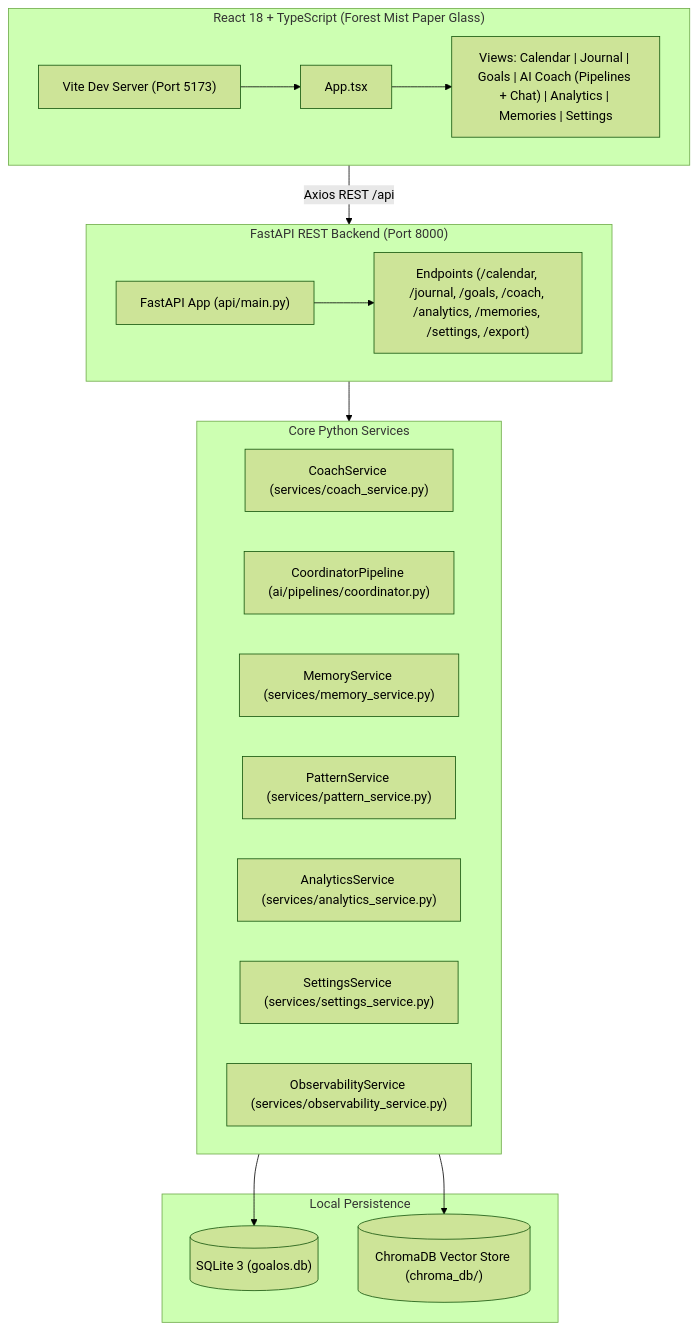
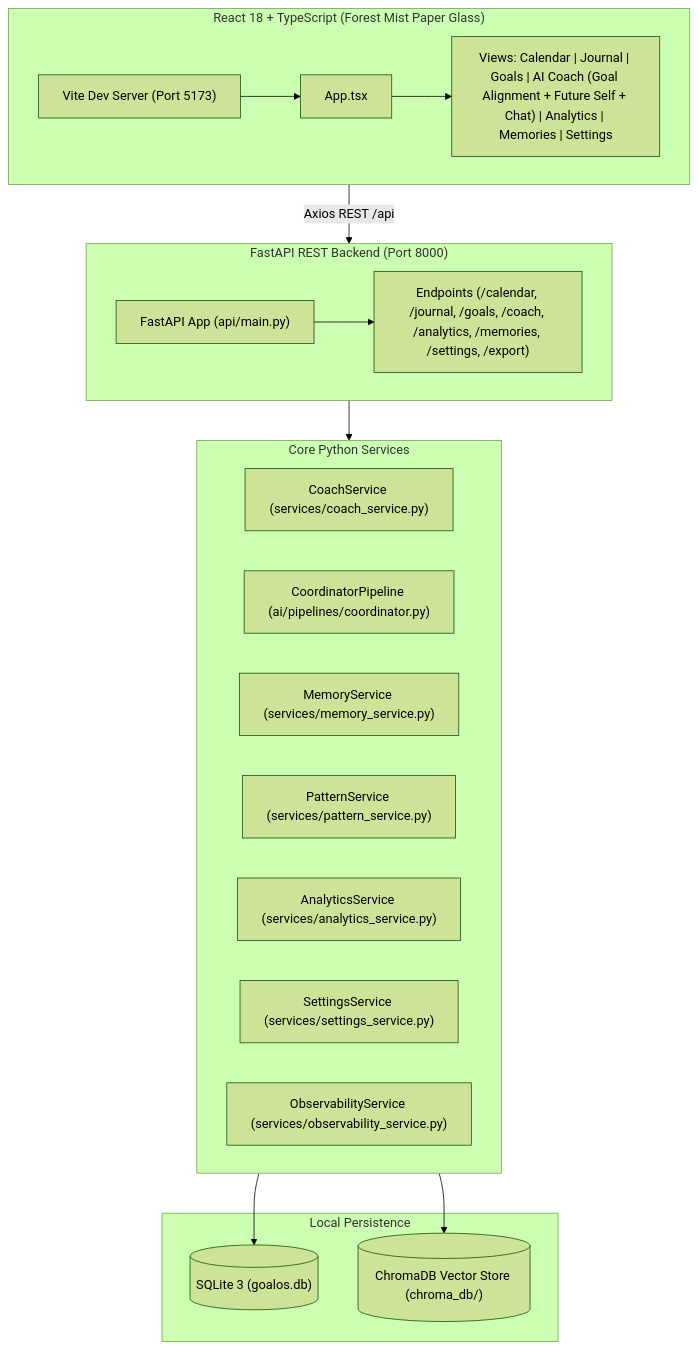
The diagram in README.md (jegadeesh17/GoalOS), drawn with Mermaid (forest theme) before and after one commit. The commit also changed other lines of this file, not shown here.

````diff
--- a/README.md
+++ b/README.md
@@ -95,35 +89,35 @@
 ```mermaid
 flowchart TD
     subgraph Frontend_Layer ["React 18 + TypeScript (Forest Mist Paper Glass)"]
         Vite["Vite Dev Server (Port 5173)"]
         App["App.tsx"]
-        Views["Views: Calendar | Journal | Goals | AI Coach (Pipelines + Chat) | Analytics | Memories | Settings"]
+        Views["Views: Calendar | Journal | Goals | AI Coach (Goal Alignment + Future Self + Chat) | Analytics | Memories | Settings"]
         Vite --> App --> Views
     end
 
     subgraph API_Layer ["FastAPI REST Backend (Port 8000)"]
         FastAPI["FastAPI App (api/main.py)"]
         Routes["Endpoints (/calendar, /journal, /goals, /coach, /analytics, /memories, /settings, /export)"]
         FastAPI --> Routes
     end
 
     subgraph Service_Layer ["Core Python Services"]
         CoachService["CoachService (services/coach_service.py)"]
         Coordinator["CoordinatorPipeline (ai/pipelines/coordinator.py)"]
         MemoryService["MemoryService (services/memory_service.py)"]
         PatternService["PatternService (services/pattern_service.py)"]
         AnalyticsService["AnalyticsService (services/analytics_service.py)"]
         SettingsService["SettingsService (services/settings_service.py)"]
         Observability["ObservabilityService (services/observability_service.py)"]
     end
 
     subgraph Data_Layer ["Local Persistence"]
         SQLite[("SQLite 3 (goalos.db)")]
         ChromaDB[("ChromaDB Vector Store (chroma_db/)")]
     end
 
     Frontend_Layer -->|Axios REST /api| API_Layer
     API_Layer --> Service_Layer
     Service_Layer --> SQLite
     Service_Layer --> ChromaDB
 ```
````
